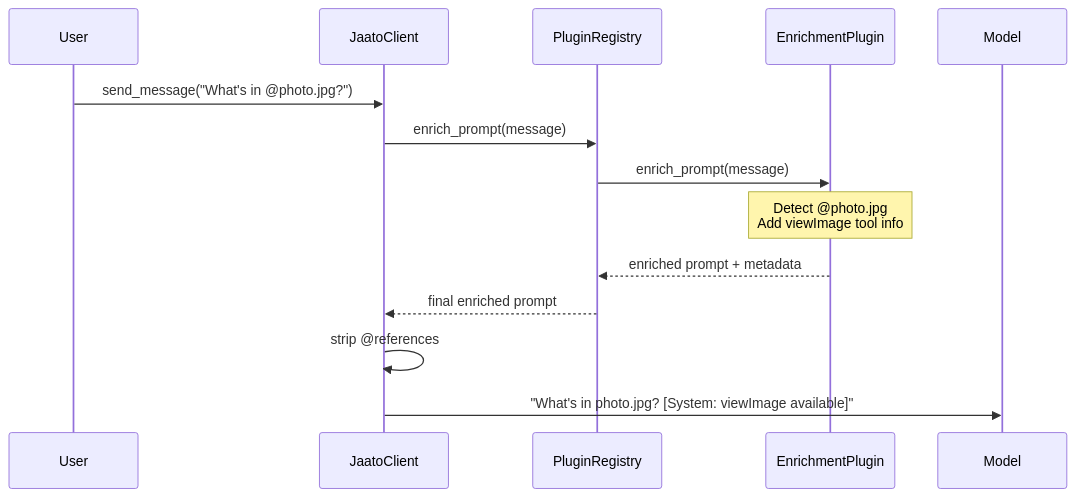
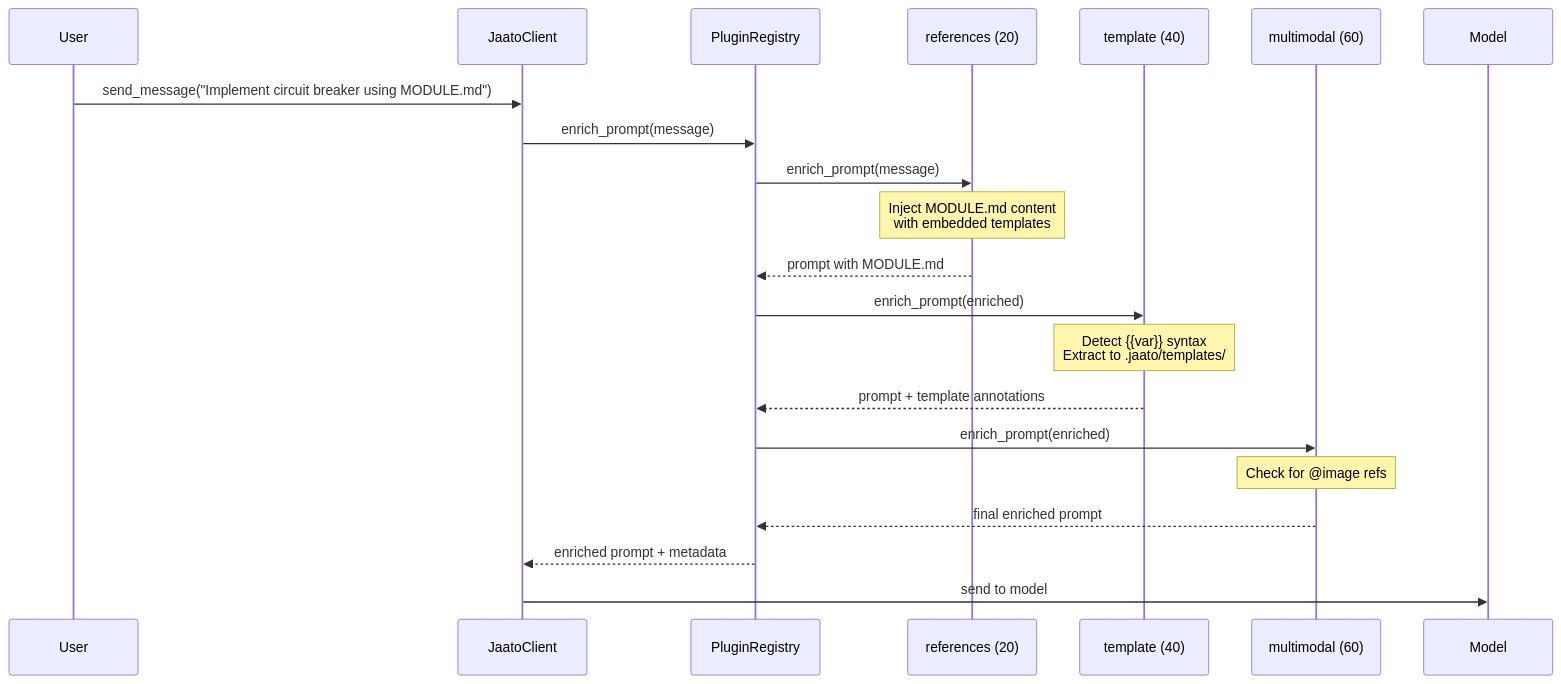
The fourth of 6 diagrams in docs/architecture.md (Jaato-framework-and-examples/jaato), drawn with Mermaid before and after one commit. The commit also changed other lines of this file and 8 other files, not shown here.

First line of the commit message:
feat(template): Add automatic template extraction via prompt enrichment

````diff
--- a/docs/architecture.md
+++ b/docs/architecture.md
@@ -607,17 +652,24 @@
 ```mermaid
 sequenceDiagram
     participant User
     participant JC as JaatoClient
     participant PR as PluginRegistry
-    participant Plugin as EnrichmentPlugin
+    participant Ref as references (20)
+    participant Tmpl as template (40)
+    participant Multi as multimodal (60)
     participant Model
 
-    User->>JC: send_message("What's in @photo.jpg?")
+    User->>JC: send_message("Implement circuit breaker using MODULE.md")
     JC->>PR: enrich_prompt(message)
-    PR->>Plugin: enrich_prompt(message)
-    Note over Plugin: Detect @photo.jpg<br/>Add viewImage tool info
-    Plugin-->>PR: enriched prompt + metadata
-    PR-->>JC: final enriched prompt
-    JC->>JC: strip @references
-    JC->>Model: "What's in photo.jpg? [System: viewImage available]"
+    PR->>Ref: enrich_prompt(message)
+    Note over Ref: Inject MODULE.md content<br/>with embedded templates
+    Ref-->>PR: prompt with MODULE.md
+    PR->>Tmpl: enrich_prompt(enriched)
+    Note over Tmpl: Detect {{var}} syntax<br/>Extract to .jaato/templates/
+    Tmpl-->>PR: prompt + template annotations
+    PR->>Multi: enrich_prompt(enriched)
+    Note over Multi: Check for @image refs
+    Multi-->>PR: final enriched prompt
+    PR-->>JC: enriched prompt + metadata
+    JC->>Model: send to model
 ```
````
